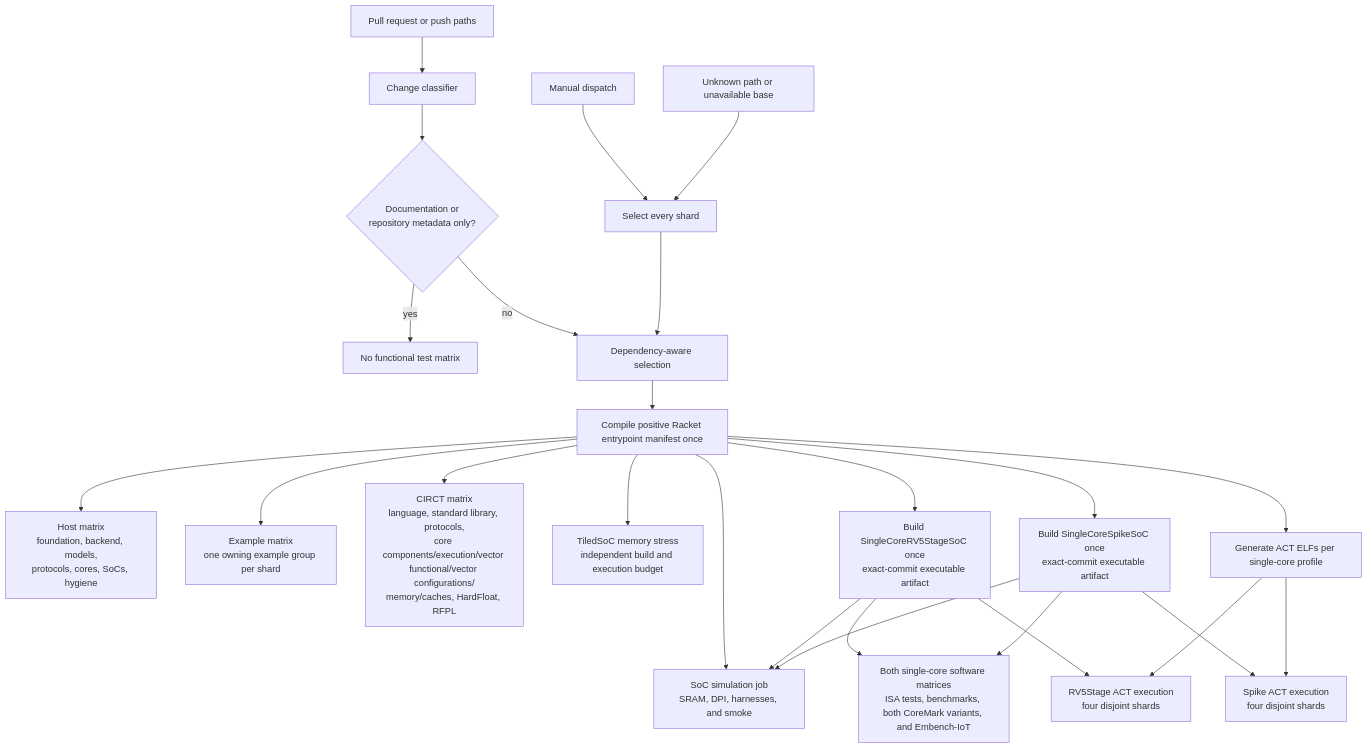
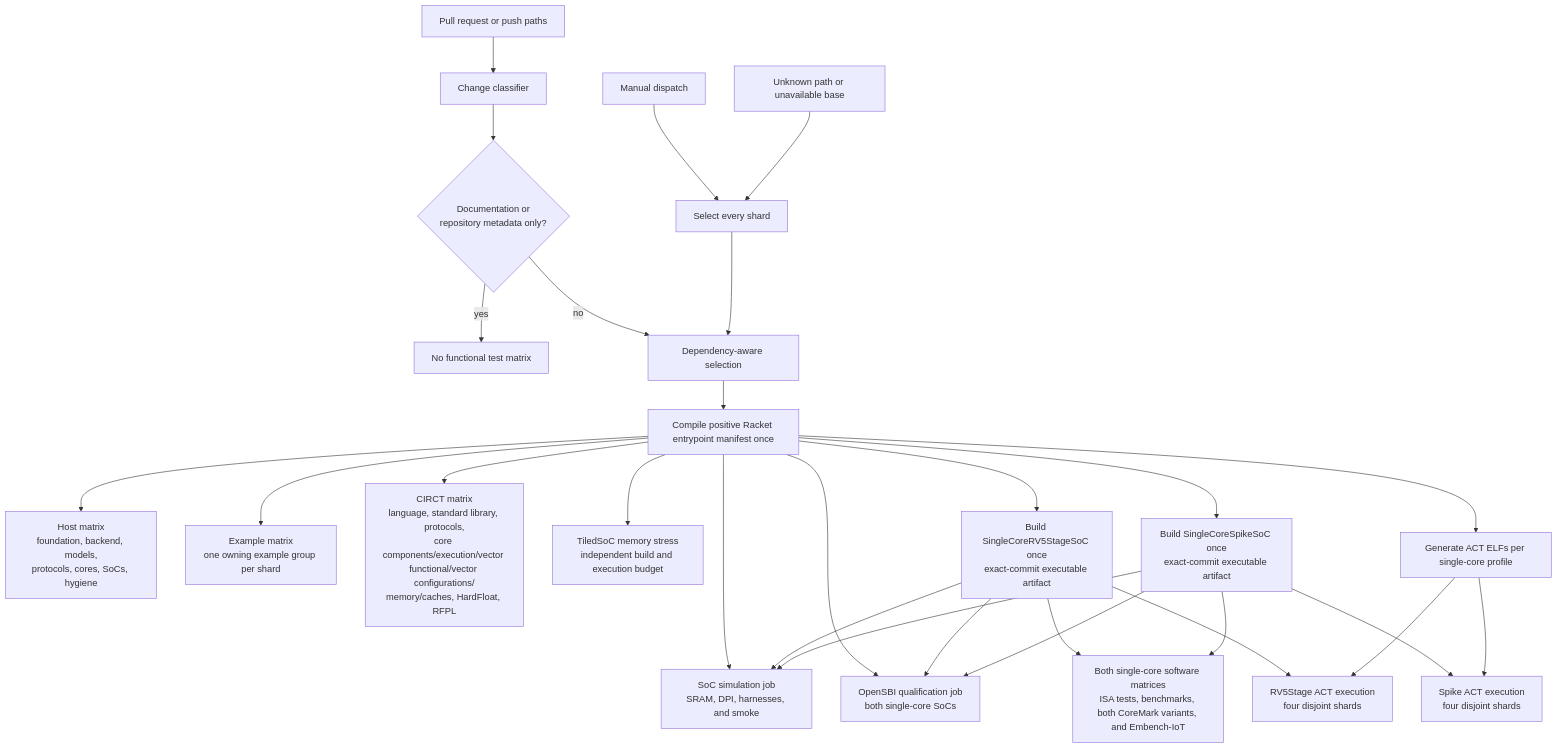
Before and after one commit to jerryz123/rhodium: the diagram in tools/testing/DEVELOPING.md, drawn with Mermaid. The commit also changed other lines of this file and 1 other file, not shown here.

````diff
--- a/tools/testing/DEVELOPING.md
+++ b/tools/testing/DEVELOPING.md
@@ -87,27 +87,30 @@
 ```mermaid
 flowchart TD
     Changes["Pull request or push paths"] --> Classifier["Change classifier"]
     Manual["Manual dispatch"] --> All["Select every shard"]
     Unknown["Unknown path or unavailable base"] --> All
     Classifier --> Docs{"Documentation or<br/>repository metadata only?"}
     Docs -->|yes| None["No functional test matrix"]
     Docs -->|no| Selected["Dependency-aware selection"]
     All --> Selected
     Selected --> Compile["Compile positive Racket entrypoint manifest once"]
     Compile --> Host["Host matrix<br/>foundation, backend, models,<br/>protocols, cores, SoCs, hygiene"]
     Compile --> Examples["Example matrix<br/>one owning example group per shard"]
     Compile --> CIRCT["CIRCT matrix<br/>language, standard library, protocols,<br/>core components/execution/vector functional/vector configurations/<br/>memory/caches, HardFloat, RFPL"]
     Compile --> Simulation["SoC simulation job<br/>SRAM, DPI, harnesses, and smoke"]
+    Compile --> OpenSBI["OpenSBI qualification job<br/>both single-core SoCs"]
     Compile --> TiledMemory["TiledSoC memory stress<br/>independent build and execution budget"]
     Compile --> SimpleBuild["Build SingleCoreRV5StageSoC once<br/>exact-commit executable artifact"]
     Compile --> SpikeBuild["Build SingleCoreSpikeSoC once<br/>exact-commit executable artifact"]
     SimpleBuild --> Simulation
     SpikeBuild --> Simulation
+    SimpleBuild --> OpenSBI
+    SpikeBuild --> OpenSBI
     SimpleBuild --> Programs["Both single-core software matrices<br/>ISA tests, benchmarks, both CoreMark variants, and Embench-IoT"]
     SpikeBuild --> Programs
     Compile --> ActBuild["Generate ACT ELFs per single-core profile"]
     SimpleBuild --> ActRun["RV5Stage ACT execution<br/>four disjoint shards"]
     SpikeBuild --> SpikeActRun["Spike ACT execution<br/>four disjoint shards"]
     ActBuild --> ActRun
     ActBuild --> SpikeActRun
 ```
````
